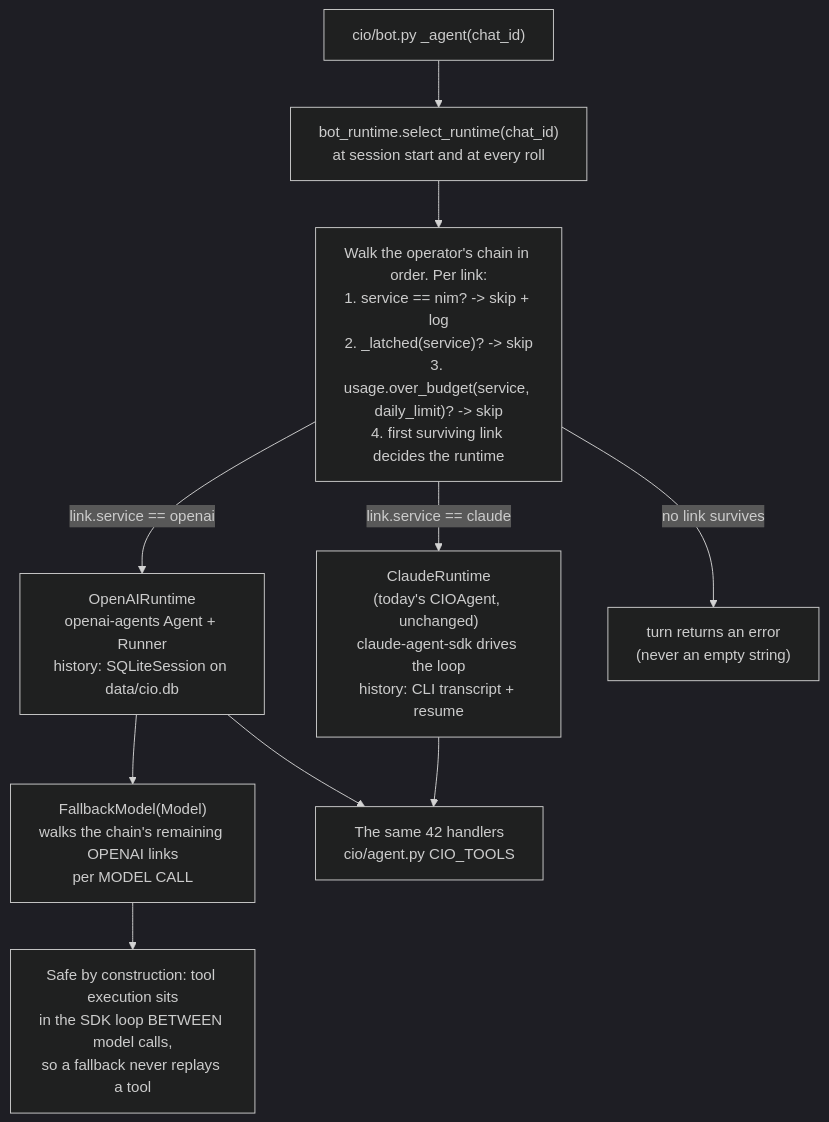
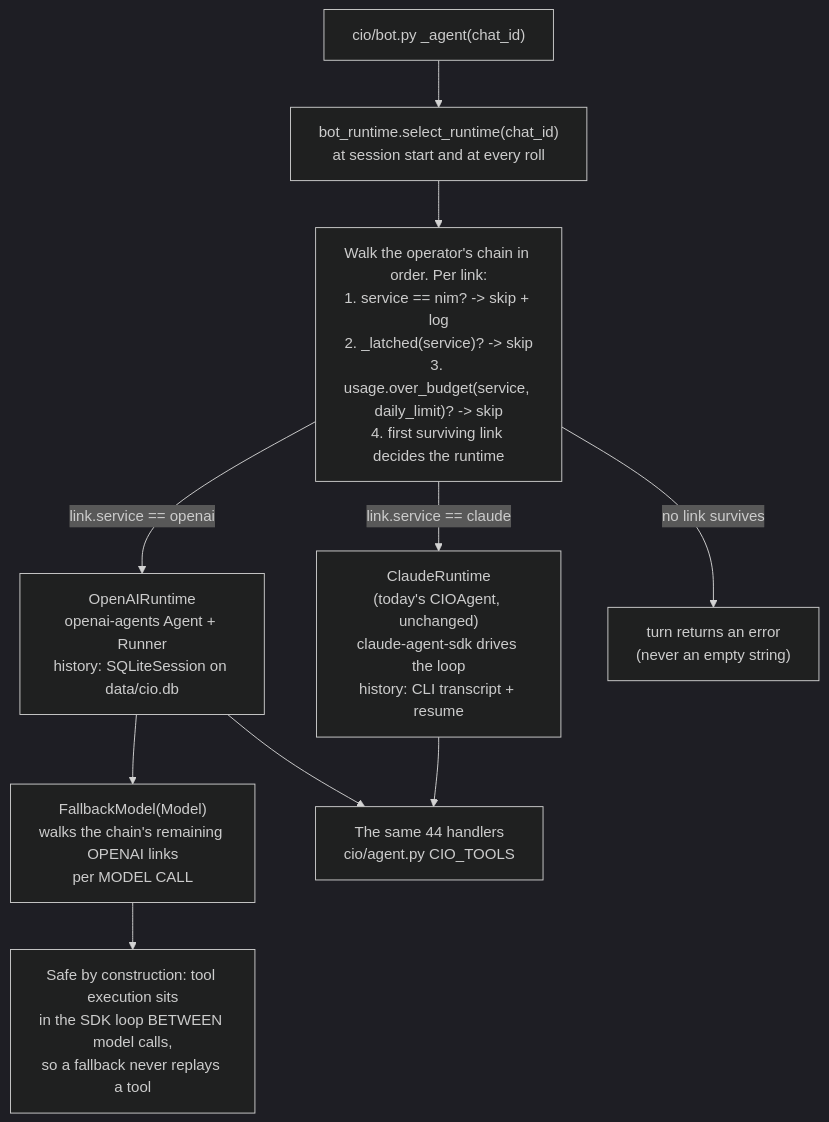
Before and after one commit to cloudaipro/CIOAgent: the diagram in docs/BOT-CHAT-OPENAI-MIGRATION.md, drawn with Mermaid (dark theme). The commit also changed other lines of this file and 2 other files, not shown here.

````diff
--- a/docs/BOT-CHAT-OPENAI-MIGRATION.md
+++ b/docs/BOT-CHAT-OPENAI-MIGRATION.md
@@ -149,17 +149,17 @@
 ```mermaid
 flowchart TD
     BOT["cio/bot.py _agent(chat_id)"] --> SEL
 
     SEL["bot_runtime.select_runtime(chat_id)<br>at session start and at every roll"]
     SEL --> WALK["Walk the operator's chain in order. Per link:<br>1. service == nim? -> skip + log<br>2. _latched(service)? -> skip<br>3. usage.over_budget(service, daily_limit)? -> skip<br>4. first surviving link decides the runtime"]
 
     WALK -->|"link.service == claude"| CR["ClaudeRuntime<br>(today's CIOAgent, unchanged)<br>claude-agent-sdk drives the loop<br>history: CLI transcript + resume"]
     WALK -->|"link.service == openai"| OR["OpenAIRuntime<br>openai-agents Agent + Runner<br>history: SQLiteSession on data/cio.db"]
     WALK -->|"no link survives"| ERR["turn returns an error<br>(never an empty string)"]
 
     OR --> FM["FallbackModel(Model)<br>walks the chain's remaining OPENAI links<br>per MODEL CALL"]
     FM --> SAFE["Safe by construction: tool execution sits<br>in the SDK loop BETWEEN model calls,<br>so a fallback never replays a tool"]
 
-    CR --> TOOLS["The same 42 handlers<br>cio/agent.py CIO_TOOLS"]
+    CR --> TOOLS["The same 44 handlers<br>cio/agent.py CIO_TOOLS"]
     OR --> TOOLS
 ```
````
